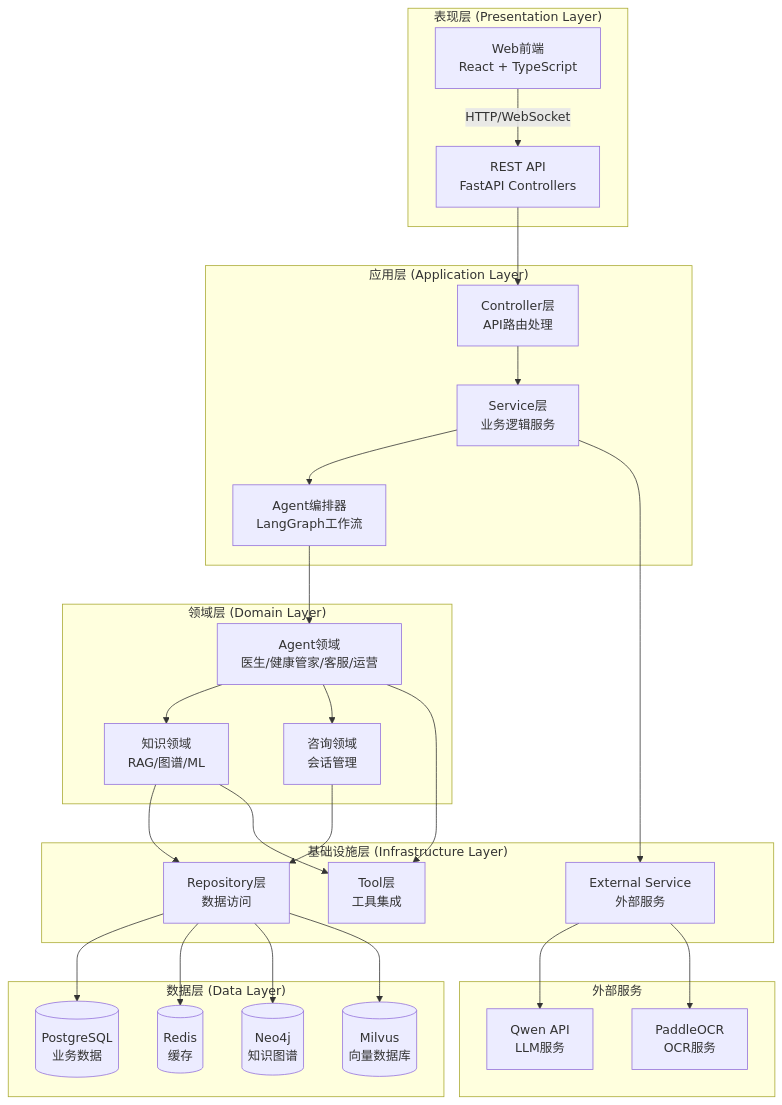
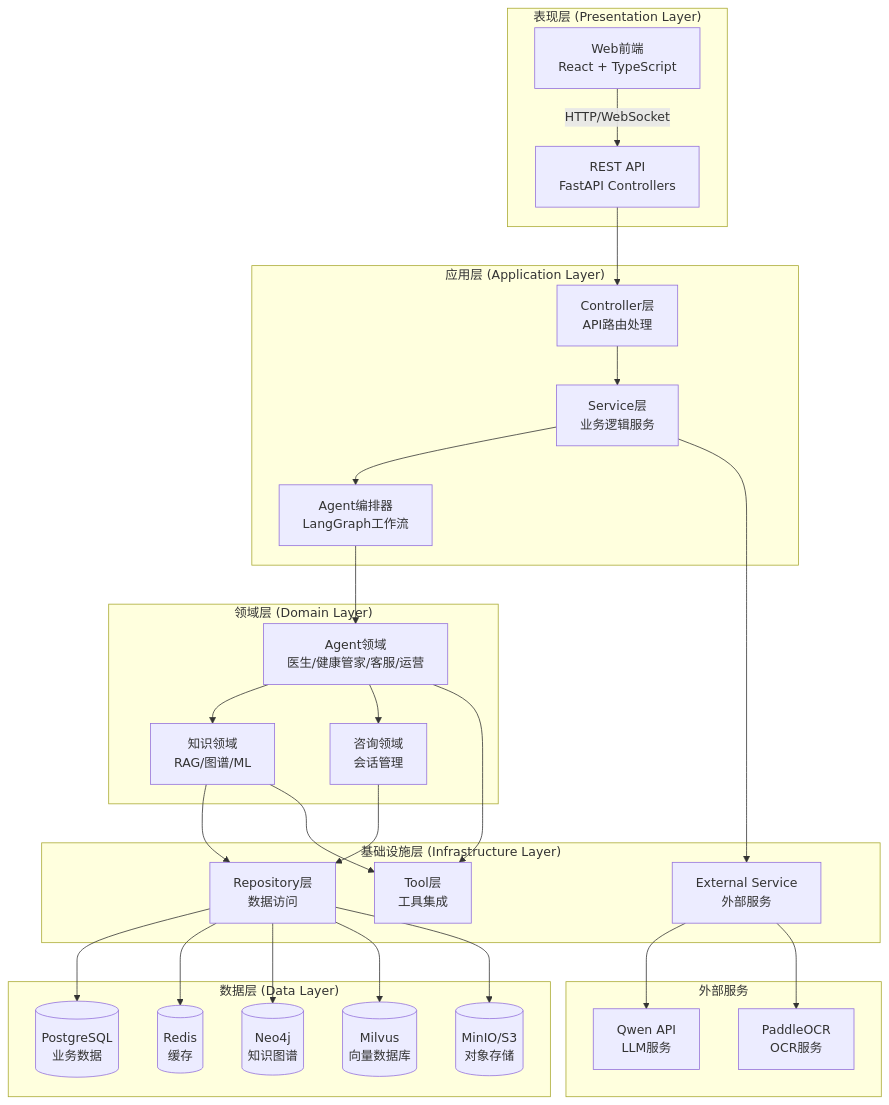
The first of 5 diagrams in docs/ARCHITECTURE.md (zgsddzwj/intelligent_consultation), drawn with Mermaid before and after one commit. The commit also changed other lines of this file and 9 other files, not shown here.

````diff
--- a/docs/ARCHITECTURE.md
+++ b/docs/ARCHITECTURE.md
@@ -14,56 +14,58 @@
 ```mermaid
 graph TB
     subgraph Presentation["表现层 (Presentation Layer)"]
         WebUI[Web前端<br/>React + TypeScript]
         RESTAPI[REST API<br/>FastAPI Controllers]
     end
     
     subgraph Application["应用层 (Application Layer)"]
         Controller[Controller层<br/>API路由处理]
         Service[Service层<br/>业务逻辑服务]
         Orchestrator[Agent编排器<br/>LangGraph工作流]
     end
     
     subgraph Domain["领域层 (Domain Layer)"]
         Agent[Agent领域<br/>医生/健康管家/客服/运营]
         Knowledge[知识领域<br/>RAG/图谱/ML]
         Consultation[咨询领域<br/>会话管理]
     end
     
     subgraph Infrastructure["基础设施层 (Infrastructure Layer)"]
         Repository[Repository层<br/>数据访问]
         External[External Service<br/>外部服务]
         Tool[Tool层<br/>工具集成]
     end
     
     subgraph Data["数据层 (Data Layer)"]
         PostgreSQL[(PostgreSQL<br/>业务数据)]
         Redis[(Redis<br/>缓存)]
         Neo4j[(Neo4j<br/>知识图谱)]
         Milvus[(Milvus<br/>向量数据库)]
+        ObjectStorage[(MinIO/S3<br/>对象存储)]
     end
     
     subgraph ExternalServices["外部服务"]
         QwenAPI[Qwen API<br/>LLM服务]
         PaddleOCR[PaddleOCR<br/>OCR服务]
     end
     
     WebUI -->|HTTP/WebSocket| RESTAPI
     RESTAPI --> Controller
     Controller --> Service
     Service --> Orchestrator
     Orchestrator --> Agent
     Agent --> Knowledge
     Agent --> Consultation
     Knowledge --> Repository
     Consultation --> Repository
     Repository --> PostgreSQL
     Repository --> Redis
     Repository --> Neo4j
     Repository --> Milvus
+    Repository --> ObjectStorage
     Service --> External
     External --> QwenAPI
     External --> PaddleOCR
     Agent --> Tool
     Knowledge --> Tool
 ```
````
